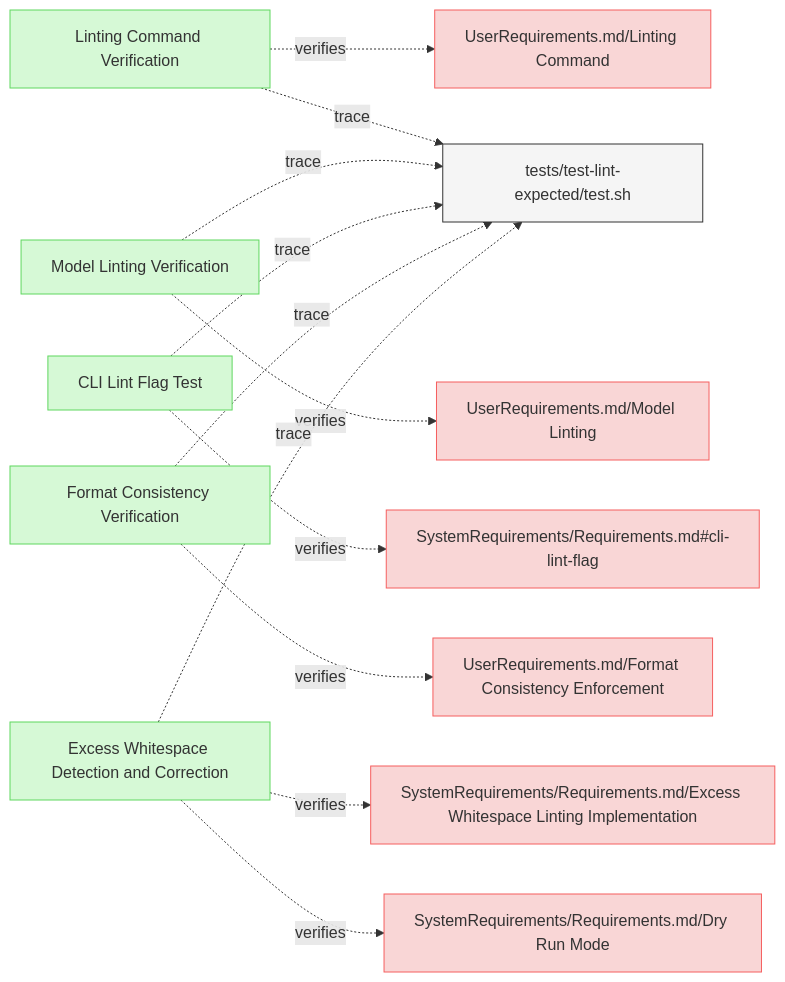
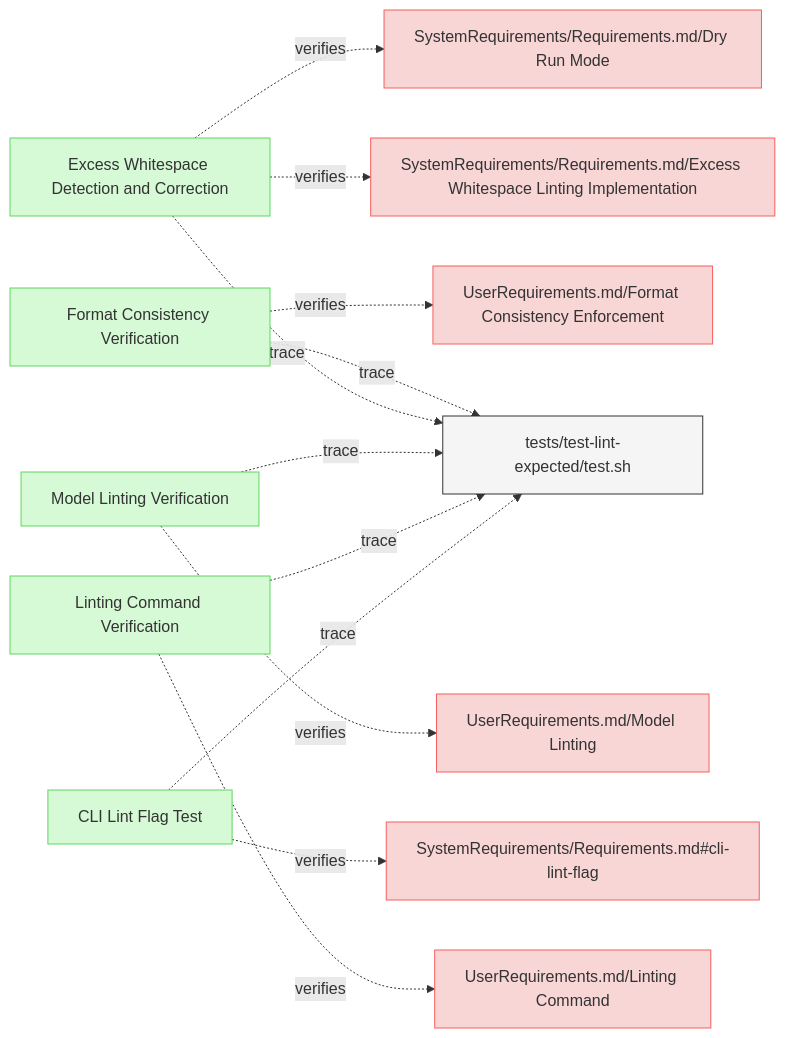
The first of 3 diagrams in specifications/Verifications/LintingTests.md (reqvire-org/reqvire), drawn with Mermaid before and after one commit. The commit also changed other lines of this file and 17 other files, not shown here.

Commit message:
Auto-generate diagrams after PR merge to main

````diff
--- a/specifications/Verifications/LintingTests.md
+++ b/specifications/Verifications/LintingTests.md
@@ -6,56 +6,56 @@
 ```mermaid
 graph LR;
   %% Graph styling
   classDef requirement fill:#f9d6d6,stroke:#f55f5f,stroke-width:1px;
   classDef verification fill:#d6f9d6,stroke:#5fd75f,stroke-width:1px;
   classDef externalLink fill:#d0e0ff,stroke:#3080ff,stroke-width:1px;
   classDef default fill:#f5f5f5,stroke:#333333,stroke-width:1px;
 
-  3bbd3815f37ee9ae["Linting Command Verification"];
-  click 3bbd3815f37ee9ae "https://github.com/ilijaljubicic/ReqFlow/blob/29a17f176519a28e973567d4102beb95f41075ed/specifications/Verifications/LintingTests.md#linting-command-verification";
-  class 3bbd3815f37ee9ae verification;
-  887a7d36caacab2b["UserRequirements.md/Linting Command"];
-  class 887a7d36caacab2b requirement;
-  click 887a7d36caacab2b "https://github.com/ilijaljubicic/ReqFlow/blob/29a17f176519a28e973567d4102beb95f41075ed/specifications/UserRequirements.md#linting-command";
-  3bbd3815f37ee9ae -.->|verifies| 887a7d36caacab2b;
-  3de539f546654b01["tests/test-lint-expected/test.sh"];
-  class 3de539f546654b01 default;
-  click 3de539f546654b01 "https://github.com/ilijaljubicic/ReqFlow/blob/29a17f176519a28e973567d4102beb95f41075ed/tests/test-lint-expected/test.sh";
-  3bbd3815f37ee9ae -.->|trace| 3de539f546654b01;
-  d941947fb524f8c7["Model Linting Verification"];
-  click d941947fb524f8c7 "https://github.com/ilijaljubicic/ReqFlow/blob/29a17f176519a28e973567d4102beb95f41075ed/specifications/Verifications/LintingTests.md#model-linting-verification";
-  class d941947fb524f8c7 verification;
-  103ddb8dc3242215["UserRequirements.md/Model Linting"];
-  class 103ddb8dc3242215 requirement;
-  click 103ddb8dc3242215 "https://github.com/ilijaljubicic/ReqFlow/blob/29a17f176519a28e973567d4102beb95f41075ed/specifications/UserRequirements.md#model-linting";
-  d941947fb524f8c7 -.->|verifies| 103ddb8dc3242215;
-  d941947fb524f8c7 -.->|trace| 3de539f546654b01;
-  746b65fa854bc876["CLI Lint Flag Test"];
-  click 746b65fa854bc876 "https://github.com/ilijaljubicic/ReqFlow/blob/29a17f176519a28e973567d4102beb95f41075ed/specifications/Verifications/LintingTests.md#cli-lint-flag-test";
-  class 746b65fa854bc876 verification;
-  fffbb227966be4f2["SystemRequirements/Requirements.md#cli-lint-flag"];
-  class fffbb227966be4f2 requirement;
-  click fffbb227966be4f2 "https://github.com/ilijaljubicic/ReqFlow/blob/29a17f176519a28e973567d4102beb95f41075ed/specifications/SystemRequirements/Requirements.md#cli-lint-flag";
-  746b65fa854bc876 -.->|verifies| fffbb227966be4f2;
-  746b65fa854bc876 -.->|trace| 3de539f546654b01;
-  80dbe2ea823992bc["Format Consistency Verification"];
-  click 80dbe2ea823992bc "https://github.com/ilijaljubicic/ReqFlow/blob/29a17f176519a28e973567d4102beb95f41075ed/specifications/Verifications/LintingTests.md#format-consistency-verification";
-  class 80dbe2ea823992bc verification;
-  81758bdb22a3329d["UserRequirements.md/Format Consistency Enforcement"];
-  class 81758bdb22a3329d requirement;
-  click 81758bdb22a3329d "https://github.com/ilijaljubicic/ReqFlow/blob/29a17f176519a28e973567d4102beb95f41075ed/specifications/UserRequirements.md#format-consistency-enforcement";
-  80dbe2ea823992bc -.->|verifies| 81758bdb22a3329d;
-  80dbe2ea823992bc -.->|trace| 3de539f546654b01;
-  4cd0fe733f182d5c["Excess Whitespace Detection and Correction"];
-  click 4cd0fe733f182d5c "https://github.com/ilijaljubicic/ReqFlow/blob/29a17f176519a28e973567d4102beb95f41075ed/specifications/Verifications/LintingTests.md#excess-whitespace-detection-and-correction";
-  class 4cd0fe733f182d5c verification;
-  3f3d3f9ccb15029a["SystemRequirements/Requirements.md/Excess Whitespace Linting Implementation"];
-  class 3f3d3f9ccb15029a requirement;
-  click 3f3d3f9ccb15029a "https://github.com/ilijaljubicic/ReqFlow/blob/29a17f176519a28e973567d4102beb95f41075ed/specifications/SystemRequirements/Requirements.md#excess-whitespace-linting-implementation";
-  4cd0fe733f182d5c -.->|verifies| 3f3d3f9ccb15029a;
-  8f2198f681f63fea["SystemRequirements/Requirements.md/Dry Run Mode"];
-  class 8f2198f681f63fea requirement;
-  click 8f2198f681f63fea "https://github.com/ilijaljubicic/ReqFlow/blob/29a17f176519a28e973567d4102beb95f41075ed/specifications/SystemRequirements/Requirements.md#dry-run-mode";
-  4cd0fe733f182d5c -.->|verifies| 8f2198f681f63fea;
-  4cd0fe733f182d5c -.->|trace| 3de539f546654b01;
+  80dc4150bd3cbdba["Format Consistency Verification"];
+  click 80dc4150bd3cbdba "https://github.com/ilijaljubicic/ReqFlow/blob/73d5ae1d93adea71fdf4cc508be4d1ae09be068f/specifications/Verifications/LintingTests.md#format-consistency-verification";
+  class 80dc4150bd3cbdba verification;
+  b692557f47cee0f7["UserRequirements.md/Format Consistency Enforcement"];
+  class b692557f47cee0f7 requirement;
+  click b692557f47cee0f7 "https://github.com/ilijaljubicic/ReqFlow/blob/73d5ae1d93adea71fdf4cc508be4d1ae09be068f/specifications/UserRequirements.md#format-consistency-enforcement";
+  80dc4150bd3cbdba -.->|verifies| b692557f47cee0f7;
+  8e125941dffc5ae9["tests/test-lint-expected/test.sh"];
+  class 8e125941dffc5ae9 default;
+  click 8e125941dffc5ae9 "https://github.com/ilijaljubicic/ReqFlow/blob/73d5ae1d93adea71fdf4cc508be4d1ae09be068f/tests/test-lint-expected/test.sh";
+  80dc4150bd3cbdba -.->|trace| 8e125941dffc5ae9;
+  b38613988d69bc35["Excess Whitespace Detection and Correction"];
+  click b38613988d69bc35 "https://github.com/ilijaljubicic/ReqFlow/blob/73d5ae1d93adea71fdf4cc508be4d1ae09be068f/specifications/Verifications/LintingTests.md#excess-whitespace-detection-and-correction";
+  class b38613988d69bc35 verification;
+  51b41cf76fdb8ffc["SystemRequirements/Requirements.md/Excess Whitespace Linting Implementation"];
+  class 51b41cf76fdb8ffc requirement;
+  click 51b41cf76fdb8ffc "https://github.com/ilijaljubicic/ReqFlow/blob/73d5ae1d93adea71fdf4cc508be4d1ae09be068f/specifications/SystemRequirements/Requirements.md#excess-whitespace-linting-implementation";
+  b38613988d69bc35 -.->|verifies| 51b41cf76fdb8ffc;
+  bd9d6fae737d418f["SystemRequirements/Requirements.md/Dry Run Mode"];
+  class bd9d6fae737d418f requirement;
+  click bd9d6fae737d418f "https://github.com/ilijaljubicic/ReqFlow/blob/73d5ae1d93adea71fdf4cc508be4d1ae09be068f/specifications/SystemRequirements/Requirements.md#dry-run-mode";
+  b38613988d69bc35 -.->|verifies| bd9d6fae737d418f;
+  b38613988d69bc35 -.->|trace| 8e125941dffc5ae9;
+  86f2e734068525a9["Model Linting Verification"];
+  click 86f2e734068525a9 "https://github.com/ilijaljubicic/ReqFlow/blob/73d5ae1d93adea71fdf4cc508be4d1ae09be068f/specifications/Verifications/LintingTests.md#model-linting-verification";
+  class 86f2e734068525a9 verification;
+  a479ae0b8d8c4fce["UserRequirements.md/Model Linting"];
+  class a479ae0b8d8c4fce requirement;
+  click a479ae0b8d8c4fce "https://github.com/ilijaljubicic/ReqFlow/blob/73d5ae1d93adea71fdf4cc508be4d1ae09be068f/specifications/UserRequirements.md#model-linting";
+  86f2e734068525a9 -.->|verifies| a479ae0b8d8c4fce;
+  86f2e734068525a9 -.->|trace| 8e125941dffc5ae9;
+  a1a9644ad79a3c0e["Linting Command Verification"];
+  click a1a9644ad79a3c0e "https://github.com/ilijaljubicic/ReqFlow/blob/73d5ae1d93adea71fdf4cc508be4d1ae09be068f/specifications/Verifications/LintingTests.md#linting-command-verification";
+  class a1a9644ad79a3c0e verification;
+  51a11693af2e41fb["UserRequirements.md/Linting Command"];
+  class 51a11693af2e41fb requirement;
+  click 51a11693af2e41fb "https://github.com/ilijaljubicic/ReqFlow/blob/73d5ae1d93adea71fdf4cc508be4d1ae09be068f/specifications/UserRequirements.md#linting-command";
+  a1a9644ad79a3c0e -.->|verifies| 51a11693af2e41fb;
+  a1a9644ad79a3c0e -.->|trace| 8e125941dffc5ae9;
+  3ef728b41be431ea["CLI Lint Flag Test"];
+  click 3ef728b41be431ea "https://github.com/ilijaljubicic/ReqFlow/blob/73d5ae1d93adea71fdf4cc508be4d1ae09be068f/specifications/Verifications/LintingTests.md#cli-lint-flag-test";
+  class 3ef728b41be431ea verification;
+  32d2c19b923c0ac7["SystemRequirements/Requirements.md#cli-lint-flag"];
+  class 32d2c19b923c0ac7 requirement;
+  click 32d2c19b923c0ac7 "https://github.com/ilijaljubicic/ReqFlow/blob/73d5ae1d93adea71fdf4cc508be4d1ae09be068f/specifications/SystemRequirements/Requirements.md#cli-lint-flag";
+  3ef728b41be431ea -.->|verifies| 32d2c19b923c0ac7;
+  3ef728b41be431ea -.->|trace| 8e125941dffc5ae9;
 ```
````
